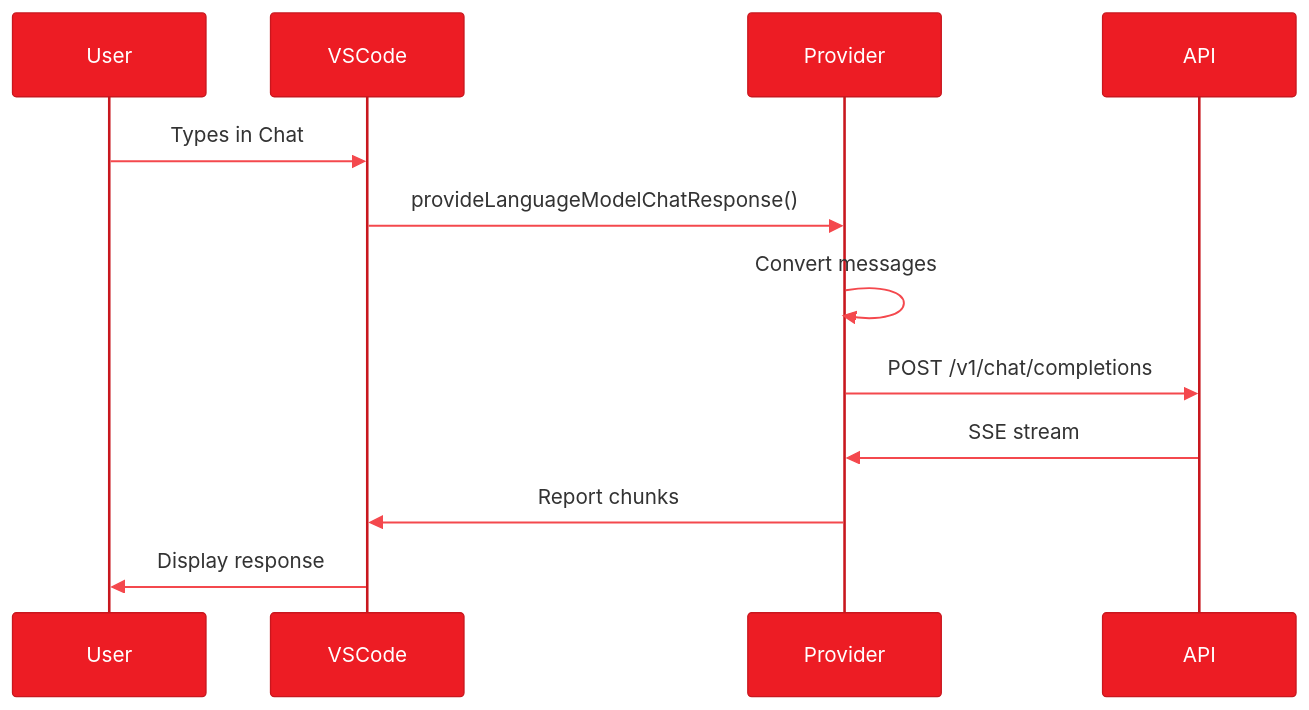
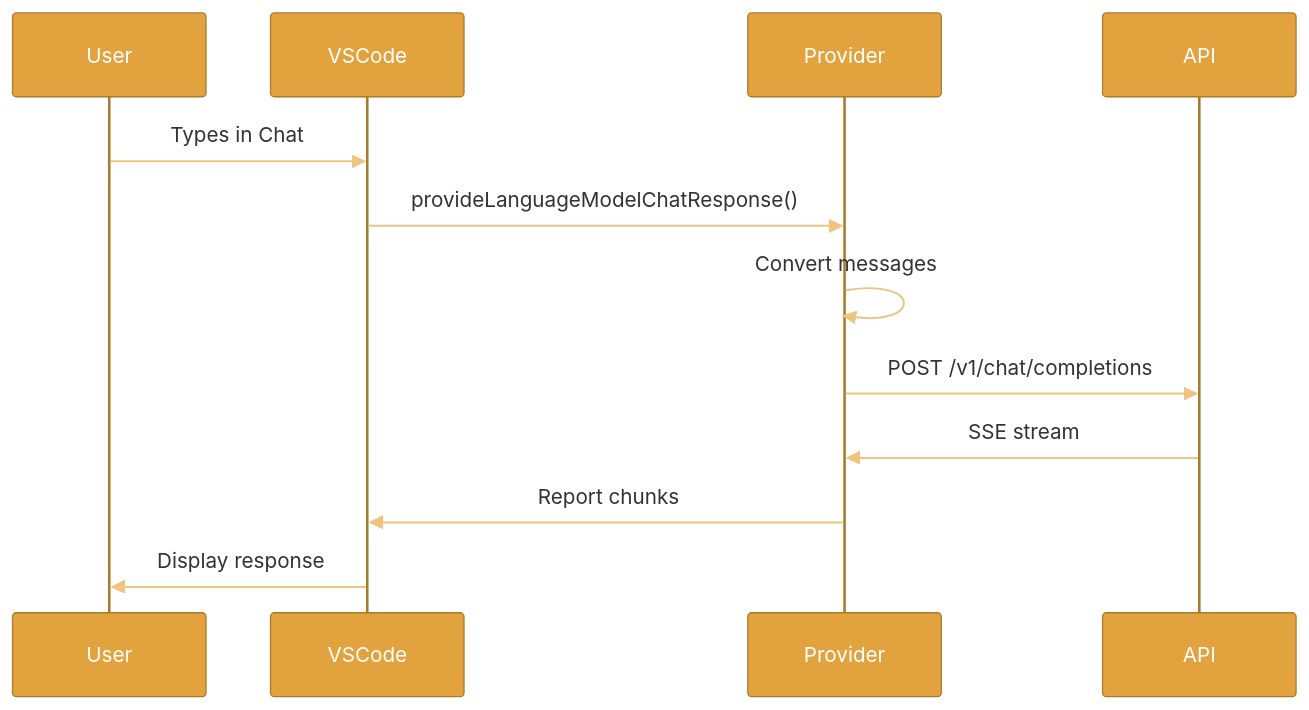
Before and after one commit to amd/gaia: the third of 4 diagrams in docs/integrations/vscode.mdx, drawn with Mermaid. The commit also changed other lines of this file and 37 other files, not shown here.

````diff
--- a/docs/integrations/vscode.mdx
+++ b/docs/integrations/vscode.mdx
@@ -589,16 +589,16 @@
     ```mermaid
-    %%{init: {'theme':'base', 'themeVariables': { 'primaryColor':'#ED1C24', 'actorBkg':'#ED1C24', 'actorTextColor':'#fff', 'actorBorder':'#C8171E', 'signalColor':'#F4484D', 'signalTextColor':'#333', 'fontFamily': 'system-ui, -apple-system, sans-serif'}}}%%
+    %%{init: {'theme':'base', 'themeVariables': { 'primaryColor':'#E2A33E', 'actorBkg':'#E2A33E', 'actorTextColor':'#fff', 'actorBorder':'#A87B2D', 'signalColor':'#EFC480', 'signalTextColor':'#333', 'fontFamily': 'system-ui, -apple-system, sans-serif'}}}%%
     sequenceDiagram
         participant User
         participant VSCode
         participant Provider
         participant API
 
         User->>VSCode: Types in Chat
         VSCode->>Provider: provideLanguageModelChatResponse()
         Provider->>Provider: Convert messages
         Provider->>API: POST /v1/chat/completions
         API->>Provider: SSE stream
         Provider->>VSCode: Report chunks
         VSCode->>User: Display response
     ```
````
